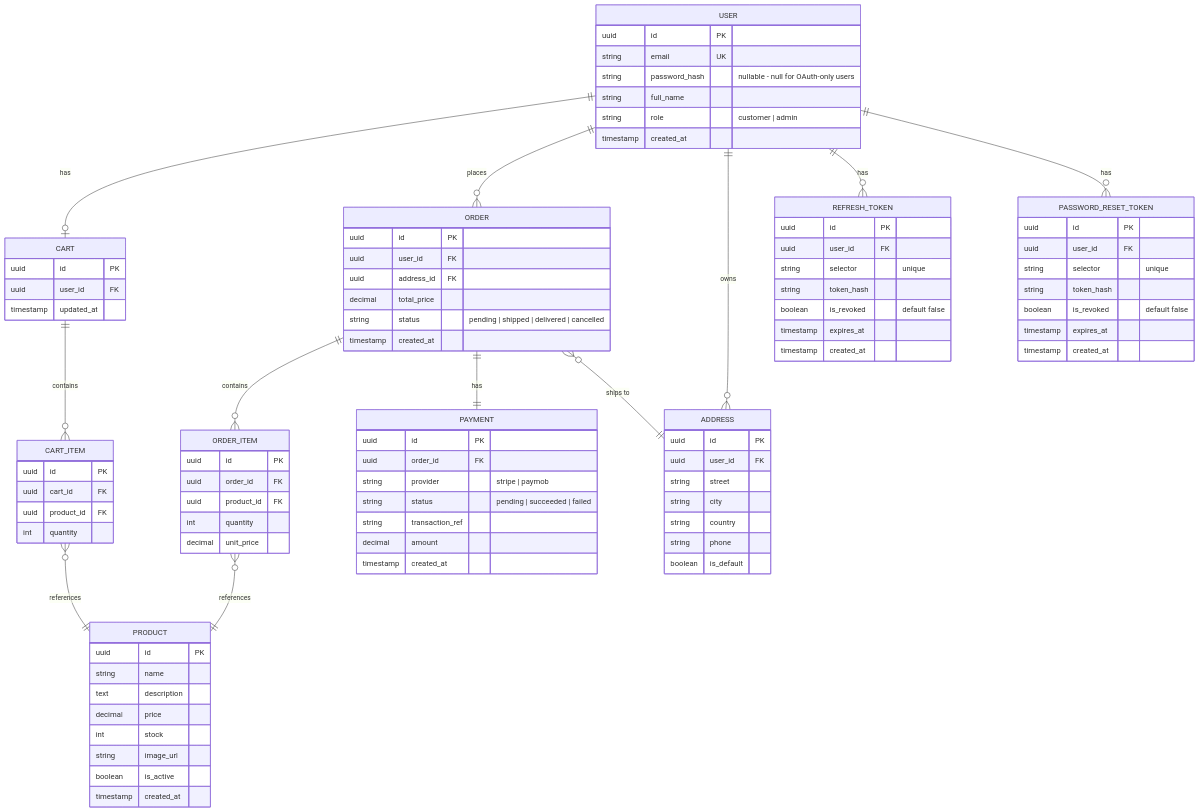
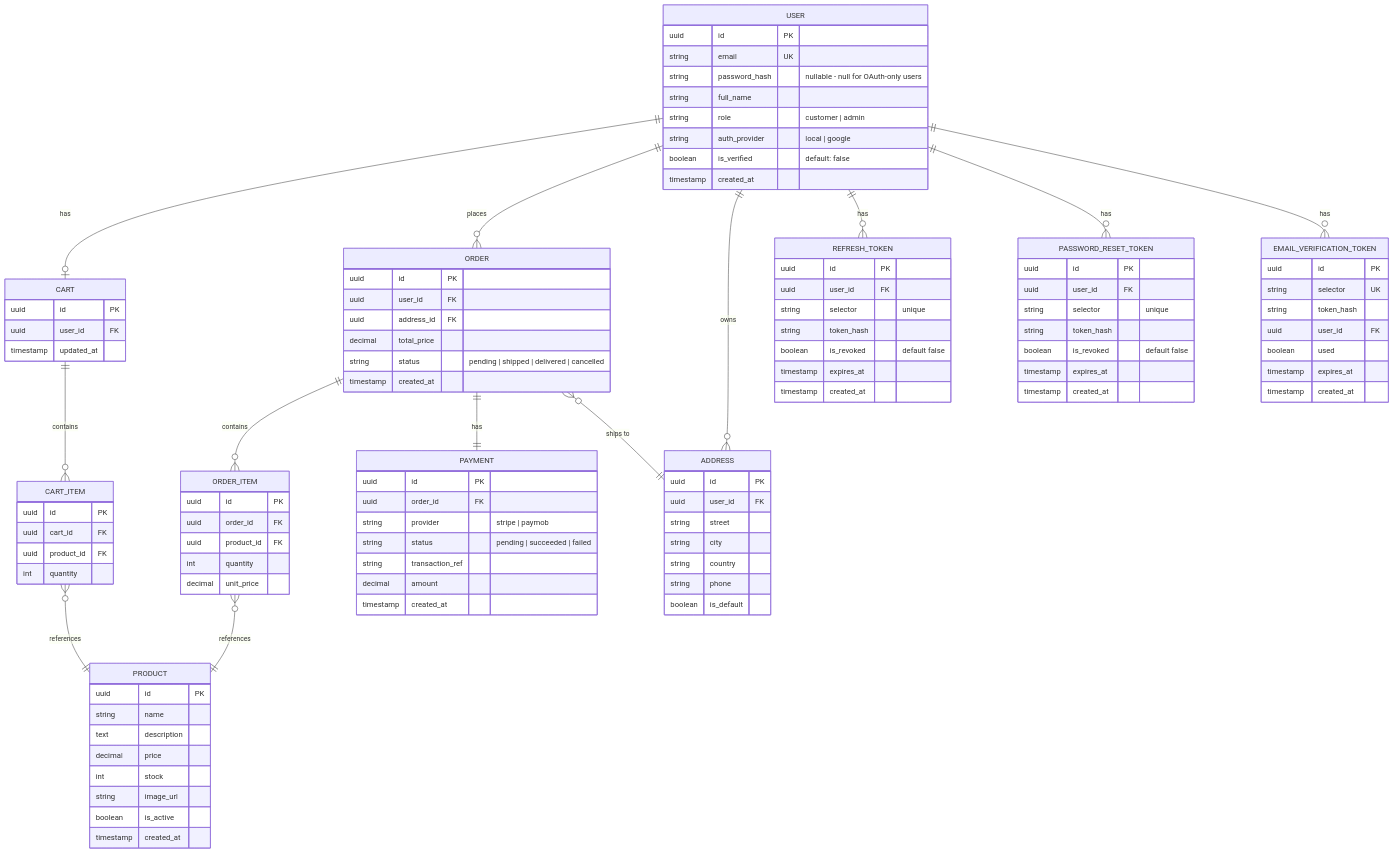
One commit to OsamaElshaer/ecommerce-store changed the diagram in docs/backend/ERD.md. Above: the diagram before and after it, drawn with Mermaid. The commit also changed 9 other files, not shown here.

Commit message:
feat(auth): add email verification flow

````diff
--- a/docs/backend/ERD.md
+++ b/docs/backend/ERD.md
@@ -15,6 +15,7 @@
     USER ||--o{ ADDRESS : owns
     USER ||--o{ REFRESH_TOKEN : has
     USER ||--o{ PASSWORD_RESET_TOKEN : has
+    USER ||--o{ EMAIL_VERIFICATION_TOKEN : has
     CART ||--o{ CART_ITEM : contains
     CART_ITEM }o--|| PRODUCT : references
     ORDER ||--o{ ORDER_ITEM : contains
@@ -28,6 +29,8 @@
         string password_hash "nullable - null for OAuth-only users"
         string full_name
         string role "customer | admin"
+        string auth_provider "local | google"
+        boolean is_verified "default: false"
         timestamp created_at
     }
 
@@ -109,4 +112,13 @@
     timestamp expires_at
     timestamp created_at
 }
+EMAIL_VERIFICATION_TOKEN {
+    uuid id PK
+    string selector UK
+    string token_hash
+    uuid user_id FK
+    boolean used
+    timestamp expires_at
+    timestamp created_at
+}
 ```
````
